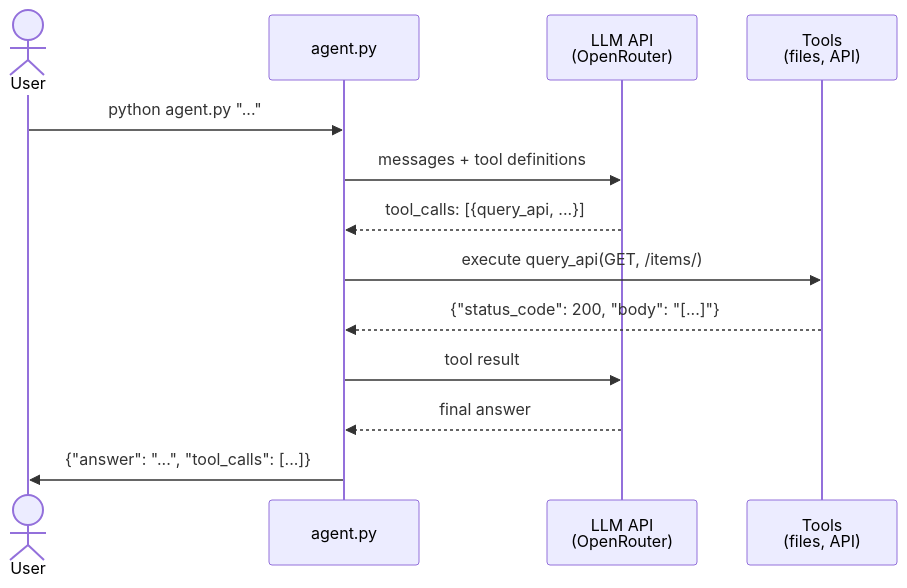
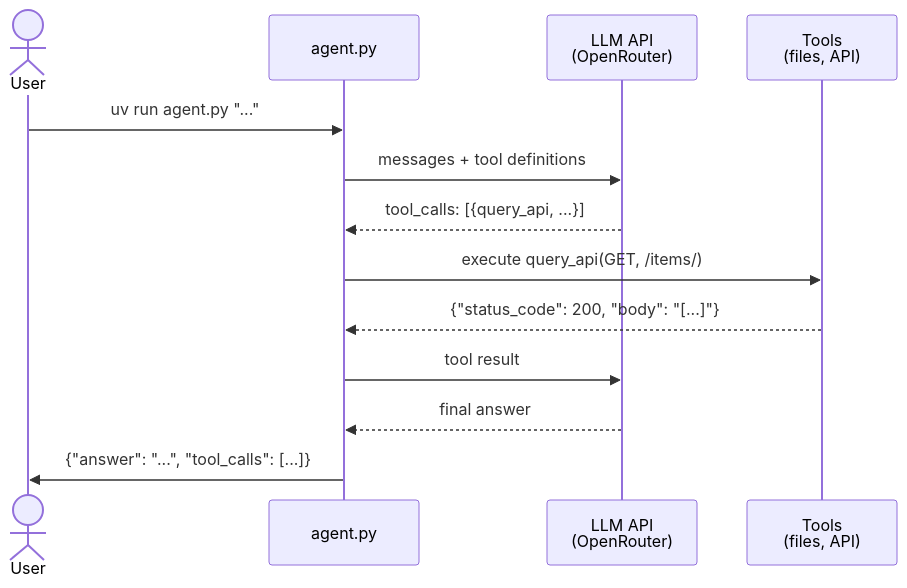
One commit to IBS71/se-toolkit-lab-6 changed the diagram in lab/tasks/required/task-2.md. Above: the diagram before and after it, drawn with Mermaid. The commit also changed other lines of this file and 6 other files, not shown here.

Commit message:
fix: use uv run instead of python for all commands

````diff
--- a/lab/tasks/required/task-2.md
+++ b/lab/tasks/required/task-2.md
@@ -18,16 +18,16 @@
 ```mermaid
 sequenceDiagram
     actor User
     participant CLI as agent.py
     participant LLM as LLM API<br/>(OpenRouter)
     participant Tools as Tools<br/>(files, API)
 
-    User->>CLI: python agent.py "..."
+    User->>CLI: uv run agent.py "..."
     CLI->>LLM: messages + tool definitions
     LLM-->>CLI: tool_calls: [{query_api, ...}]
     CLI->>Tools: execute query_api(GET, /items/)
     Tools-->>CLI: {"status_code": 200, "body": "[...]"}
     CLI->>LLM: tool result
     LLM-->>CLI: final answer
     CLI->>User: {"answer": "...", "tool_calls": [...]}
 ```
````
